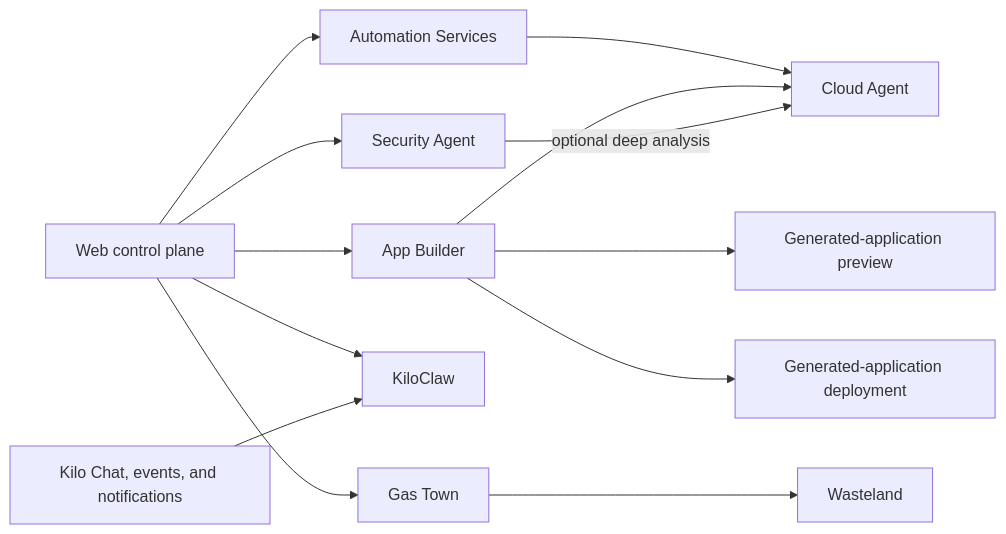
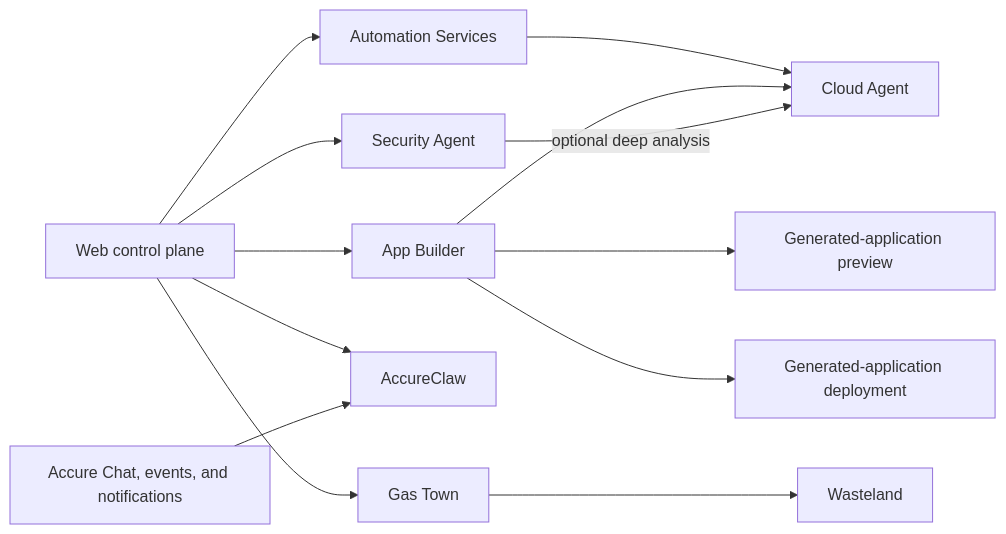
The second of 2 diagrams in packages/accure-docs/pages/contributing/architecture/index.md (Accure-Inc/accure-code), drawn with Mermaid before and after one commit. The commit also changed other lines of this file and 2711 other files, not shown here.

Commit message:
feat: initialize core workspace architecture and component configuration

````diff
--- a/packages/accure-docs/pages/contributing/architecture/index.md
+++ b/packages/accure-docs/pages/contributing/architecture/index.md
@@ -124,24 +124,24 @@
 ```mermaid
 flowchart LR
   web["Web control plane"]
   workers["Automation Services"]
   agent["Cloud Agent"]
   builder["App Builder"]
   preview["Generated-application preview"]
   deploy["Generated-application deployment"]
   security["Security Agent"]
-  chat["Kilo Chat, events, and notifications"]
-  claw["KiloClaw"]
+  chat["Accure Chat, events, and notifications"]
+  claw["AccureClaw"]
   town["Gas Town"]
   wasteland["Wasteland"]
 
   web --> workers --> agent
   web --> builder --> agent
   builder --> preview
   builder --> deploy
   web --> security
   security -->|"optional deep analysis"| agent
   web --> claw
   chat --> claw
   web --> town --> wasteland
 ```
````
